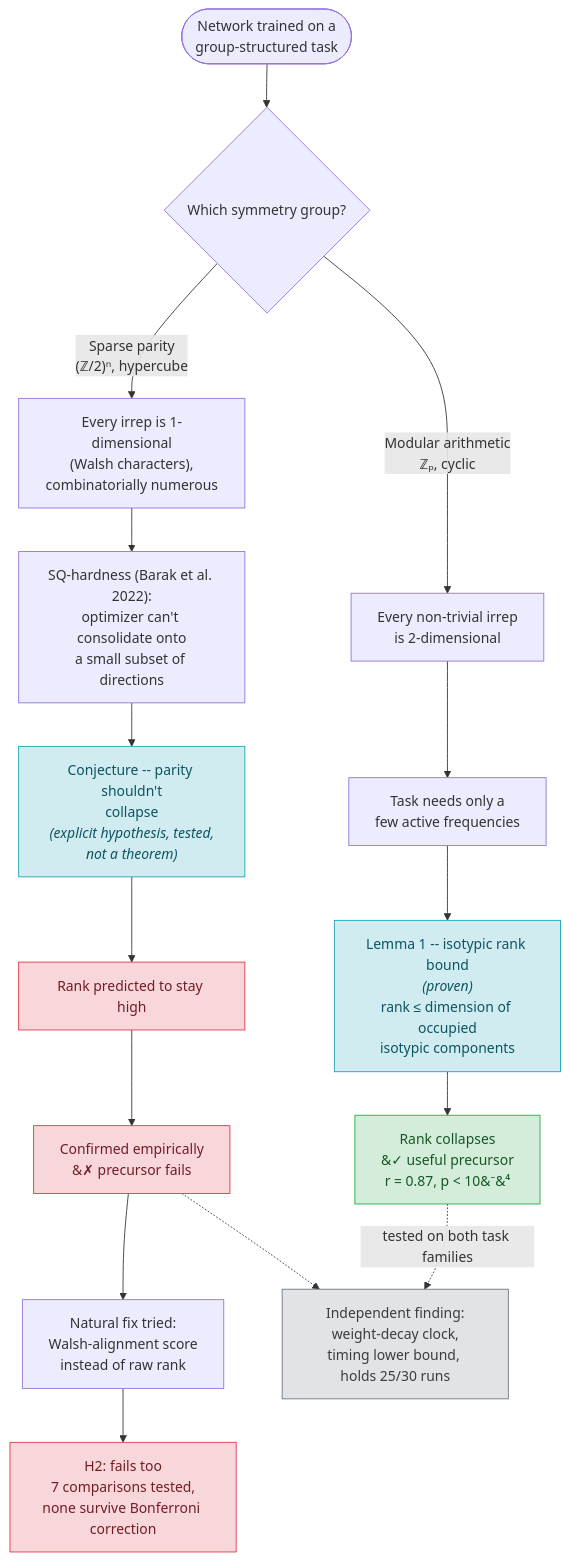
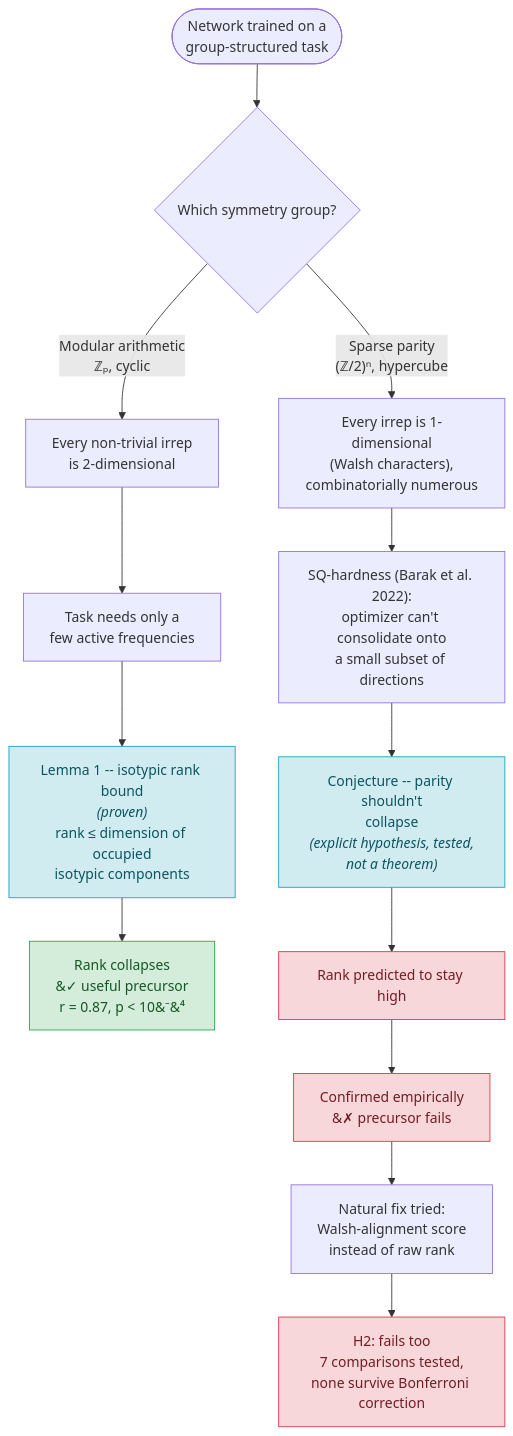
One commit to meherabb/isotypic-bottleneck changed the diagram in README.md. Above: the diagram before and after it, drawn with Mermaid. The commit also changed other lines of this file, not shown here.

````diff
--- a/README.md
+++ b/README.md
@@ -43,34 +42,29 @@
 ```mermaid
 flowchart TD
     Start(["Network trained on a<br/>group-structured task"])
     Start --> Split{"Which symmetry group?"}
 
     Split -->|"Modular arithmetic<br/>ℤₚ, cyclic"| ModStruct["Every non-trivial irrep<br/>is 2-dimensional"]
     Split -->|"Sparse parity<br/>(ℤ/2)ⁿ, hypercube"| ParStruct["Every irrep is 1-dimensional<br/>(Walsh characters),<br/>combinatorially numerous"]
 
     ModStruct --> ModFew["Task needs only a<br/>few active frequencies"]
     ParStruct --> ParHard["SQ-hardness (Barak et al. 2022):<br/>optimizer can't consolidate onto<br/>a small subset of directions"]
 
     ModFew --> Lemma["Lemma 1 -- isotypic rank bound<br/><i>(proven)</i><br/>rank &le; dimension of occupied<br/>isotypic components"]
     ParHard --> Conj["Conjecture -- parity shouldn't<br/>collapse<br/><i>(explicit hypothesis, tested,<br/>not a theorem)</i>"]
 
     Lemma --> ModCollapse["Rank collapses<br/>&#10003; useful precursor<br/>r = 0.87, p &lt; 10&#8315;&#8308;"]
     Conj --> ParHigh["Rank predicted to stay high"]
     ParHigh --> ParTest["Confirmed empirically<br/>&#10007; precursor fails"]
 
     ParTest --> Fix["Natural fix tried:<br/>Walsh-alignment score<br/>instead of raw rank"]
     Fix --> H2["H2: fails too<br/>7 comparisons tested,<br/>none survive Bonferroni correction"]
 
-    ModCollapse -.->|"tested on both task families"| Clock["Independent finding:<br/>weight-decay clock,<br/>timing lower bound, holds 25/30 runs"]
-    ParTest -.-> Clock
-
     classDef success fill:#d4edda,stroke:#28a745,color:#155724
     classDef failure fill:#f8d7da,stroke:#dc3545,color:#721c24
     classDef theory fill:#d1ecf1,stroke:#17a2b8,color:#0c5460
-    classDef neutral fill:#e2e3e5,stroke:#6c757d,color:#383d41
 
     class ModCollapse success
     class ParHigh,ParTest,H2 failure
     class Lemma,Conj theory
-    class Clock neutral
 ```
````
